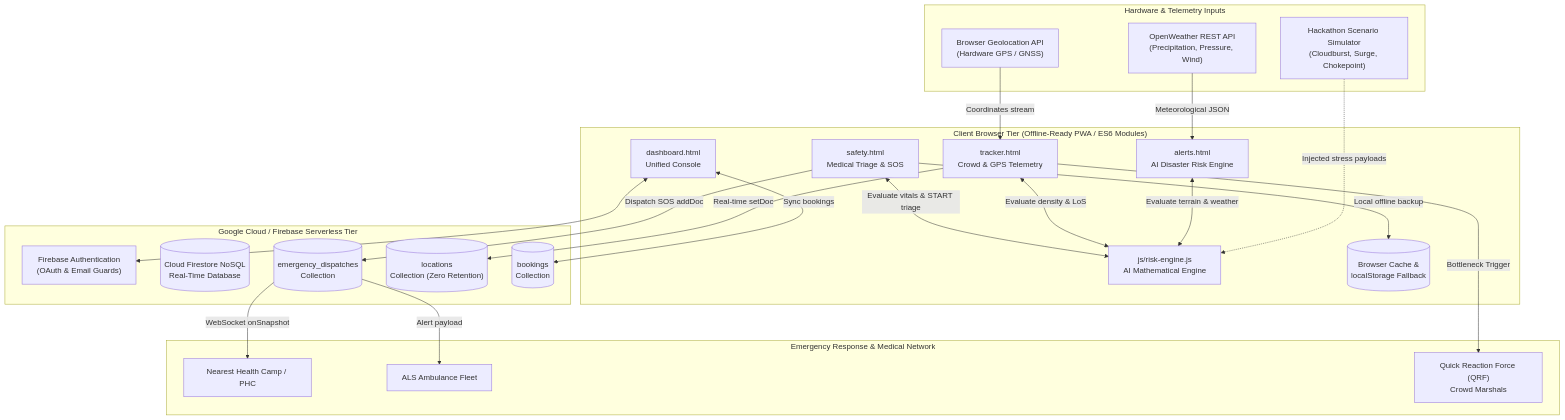
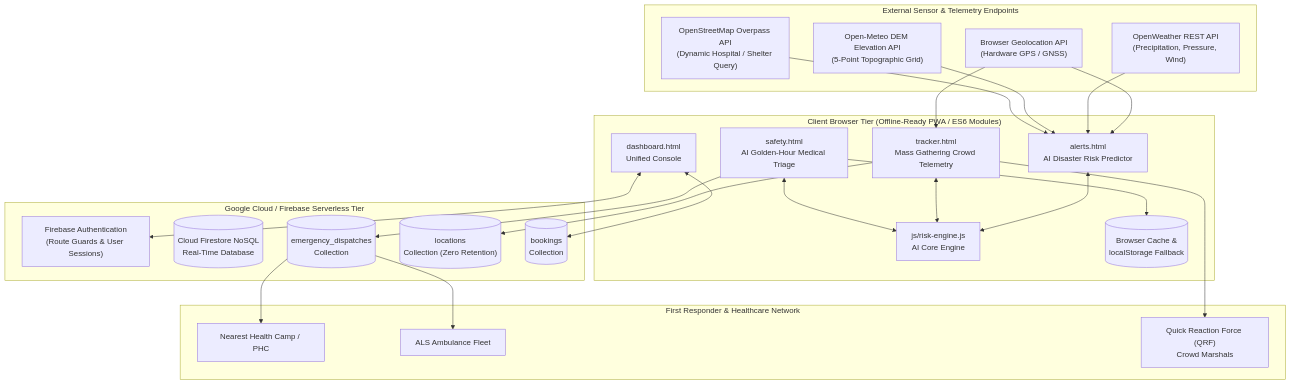
Before and after one commit to robertsonathokpam/exploreguard_2.0: the second of 2 diagrams in ARCHITECTURE.md, drawn with Mermaid. The commit also changed other lines of this file and 11 other files, not shown here.

First line of the commit message:
feat: Enhance ExploreGuard UI and functionality for AI Medical Triage & Crowd Telemetry

````diff
--- a/ARCHITECTURE.md
+++ b/ARCHITECTURE.md
@@ -30,50 +58,52 @@
 ```mermaid
 graph TB
     subgraph ClientLayer ["Client Browser Tier (Offline-Ready PWA / ES6 Modules)"]
-      UI_Alerts["alerts.html<br/>AI Disaster Risk Engine"]
-      UI_Tracker["tracker.html<br/>Crowd & GPS Telemetry"]
-      UI_Safety["safety.html<br/>Medical Triage & SOS"]
+      UI_Alerts["alerts.html<br/>AI Disaster Risk Predictor"]
+      UI_Tracker["tracker.html<br/>Mass Gathering Crowd Telemetry"]
+      UI_Safety["safety.html<br/>AI Golden-Hour Medical Triage"]
       UI_Dash["dashboard.html<br/>Unified Console"]
-      RiskEngine["js/risk-engine.js<br/>AI Mathematical Engine"]
+      RiskEngine["js/risk-engine.js<br/>AI Core Engine"]
       LocalCache[("Browser Cache &<br/>localStorage Fallback")]
     end
 
-    subgraph SensorLayer ["Hardware & Telemetry Inputs"]
+    subgraph TelemetryLayer ["External Sensor & Telemetry Endpoints"]
       GeoSensors["Browser Geolocation API<br/>(Hardware GPS / GNSS)"]
       WeatherAPI["OpenWeather REST API<br/>(Precipitation, Pressure, Wind)"]
-      SimEngine["Hackathon Scenario Simulator<br/>(Cloudburst, Surge, Chokepoint)"]
+      DEMAPI["Open-Meteo DEM Elevation API<br/>(5-Point Topographic Grid)"]
+      OverpassAPI["OpenStreetMap Overpass API<br/>(Dynamic Hospital / Shelter Query)"]
     end
 
     subgraph CloudLayer ["Google Cloud / Firebase Serverless Tier"]
-      AuthService["Firebase Authentication<br/>(OAuth & Email Guards)"]
+      AuthService["Firebase Authentication<br/>(Route Guards & User Sessions)"]
       FirestoreDB[("Cloud Firestore NoSQL<br/>Real-Time Database")]
       DispatchCollection[("emergency_dispatches<br/>Collection")]
       LocationCollection[("locations<br/>Collection (Zero Retention)")]
       BookingCollection[("bookings<br/>Collection")]
     end
 
-    subgraph FirstResponderLayer ["Emergency Response & Medical Network"]
+    subgraph EmergencyNetwork ["First Responder & Healthcare Network"]
       PHC["Nearest Health Camp / PHC"]
       ALS["ALS Ambulance Fleet"]
       QRF["Quick Reaction Force (QRF)<br/>Crowd Marshals"]
     end
 
-    %% Data Connections
-    GeoSensors -->|Coordinates stream| UI_Tracker
-    WeatherAPI -->|Meteorological JSON| UI_Alerts
-    SimEngine -.->|Injected stress payloads| RiskEngine
-    
-    UI_Alerts <-->|Evaluate terrain & weather| RiskEngine
-    UI_Tracker <-->|Evaluate density & LoS| RiskEngine
-    UI_Safety <-->|Evaluate vitals & START triage| RiskEngine
-    
+    GeoSensors --> UI_Tracker
+    GeoSensors --> UI_Alerts
+    WeatherAPI --> UI_Alerts
+    DEMAPI --> UI_Alerts
+    OverpassAPI --> UI_Alerts
+
+    UI_Alerts <--> RiskEngine
+    UI_Tracker <--> RiskEngine
+    UI_Safety <--> RiskEngine
+
     UI_Dash <--> AuthService
-    UI_Tracker -->|Real-time setDoc| LocationCollection
-    UI_Safety -->|Dispatch SOS addDoc| DispatchCollection
-    UI_Safety -->|Local offline backup| LocalCache
-    UI_Dash <-->|Sync bookings| BookingCollection
+    UI_Tracker --> LocationCollection
+    UI_Safety --> DispatchCollection
+    UI_Safety --> LocalCache
+    UI_Dash <--> BookingCollection
 
-    DispatchCollection -->|WebSocket onSnapshot| PHC
-    DispatchCollection -->|Alert payload| ALS
-    UI_Tracker -->|Bottleneck Trigger| QRF
+    DispatchCollection --> PHC
+    DispatchCollection --> ALS
+    UI_Tracker --> QRF
 ```
````
